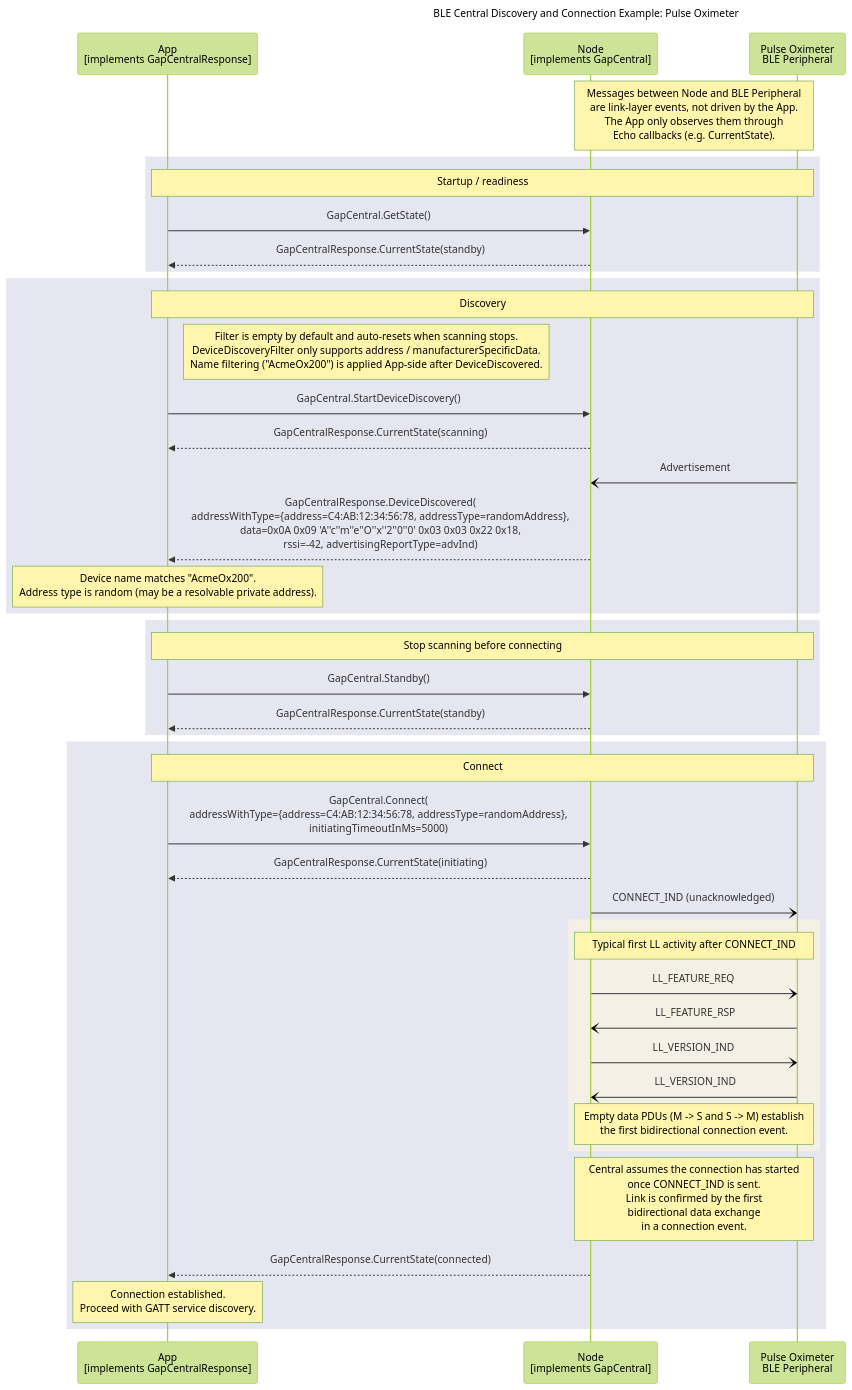
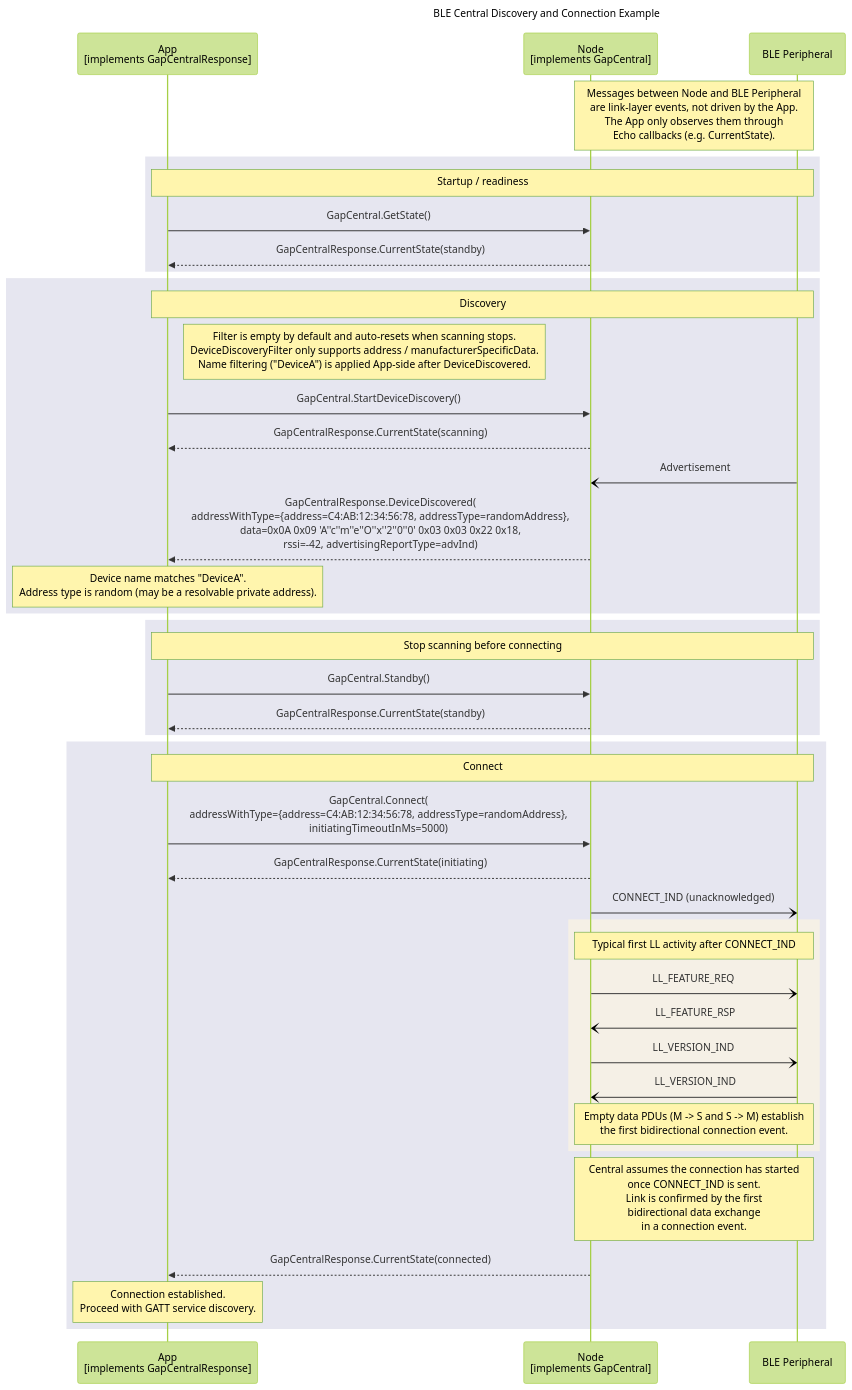
One commit to philips-software/amp-embedded-infra-lib changed the diagram in documents/modules/ROOT/partials/echoservices/gap_central/GapCentral_DiscoveryAndConnection_sequence_example.mmd. Above: the diagram before and after it, drawn with Mermaid (forest theme). The commit also changed 7 other files, not shown here.

```diff
--- a/documents/modules/ROOT/partials/echoservices/gap_central/GapCentral_DiscoveryAndConnection_sequence_example.mmd
+++ b/documents/modules/ROOT/partials/echoservices/gap_central/GapCentral_DiscoveryAndConnection_sequence_example.mmd
@@ -1,52 +1,52 @@
 sequenceDiagram
-    title BLE Central Discovery and Connection Example: Pulse Oximeter
+    title BLE Central Discovery and Connection Example
 
     participant App as App<br>[implements GapCentralResponse]
     participant Node as Node<br>[implements GapCentral]
-    participant Peripheral as Pulse Oximeter<br>BLE Peripheral
+    participant Peripheral as BLE Peripheral
 
     Note over Node, Peripheral: Messages between Node and BLE Peripheral<br>are link-layer events, not driven by the App.<br>The App only observes them through<br>Echo callbacks (e.g. CurrentState).
 
     rect rgb(230, 230, 240)
         note over App, Peripheral: Startup / readiness
         App->>Node: GapCentral.GetState()
         Node-->>App: GapCentralResponse.CurrentState(standby)
     end
 
     rect rgb(230, 230, 240)
         note over App, Peripheral: Discovery
-        Note right of App: Filter is empty by default and auto-resets when scanning stops.<br>DeviceDiscoveryFilter only supports address / manufacturerSpecificData.<br>Name filtering ("AcmeOx200") is applied App-side after DeviceDiscovered.
+        Note right of App: Filter is empty by default and auto-resets when scanning stops.<br>DeviceDiscoveryFilter only supports address / manufacturerSpecificData.<br>Name filtering ("DeviceA") is applied App-side after DeviceDiscovered.
         App->>Node: GapCentral.StartDeviceDiscovery()
         Node-->>App: GapCentralResponse.CurrentState(scanning)
 
         Peripheral-)Node: Advertisement
         Node-->>App: GapCentralResponse.DeviceDiscovered(<br>addressWithType={address=C4:AB:12:34:56:78, addressType=randomAddress},<br>data=0x0A 0x09 'A''c''m''e''O''x''2''0''0' 0x03 0x03 0x22 0x18,<br>rssi=-42, advertisingReportType=advInd)
 
-        note over App: Device name matches "AcmeOx200".<br>Address type is random (may be a resolvable private address).
+        note over App: Device name matches "DeviceA".<br>Address type is random (may be a resolvable private address).
     end
 
     rect rgb(230, 230, 240)
         note over App, Peripheral: Stop scanning before connecting
         App->>Node: GapCentral.Standby()
         Node-->>App: GapCentralResponse.CurrentState(standby)
     end
 
     rect rgb(230, 230, 240)
         note over App, Peripheral: Connect
         App->>Node: GapCentral.Connect(<br>addressWithType={address=C4:AB:12:34:56:78, addressType=randomAddress},<br>initiatingTimeoutInMs=5000)
         Node-->>App: GapCentralResponse.CurrentState(initiating)
 
         Node-)Peripheral: CONNECT_IND (unacknowledged)
         rect rgb(245, 240, 230)
             Note over Node, Peripheral: Typical first LL activity after CONNECT_IND
             Node-)Peripheral: LL_FEATURE_REQ
             Peripheral-)Node: LL_FEATURE_RSP
             Node-)Peripheral: LL_VERSION_IND
             Peripheral-)Node: LL_VERSION_IND
             Note over Node, Peripheral: Empty data PDUs (M -> S and S -> M) establish<br>the first bidirectional connection event.
         end
         Note over Node, Peripheral: Central assumes the connection has started<br>once CONNECT_IND is sent.<br>Link is confirmed by the first<br>bidirectional data exchange<br>in a connection event.
         Node-->>App: GapCentralResponse.CurrentState(connected)
 
         note over App: Connection established.<br>Proceed with GATT service discovery.
     end
```
